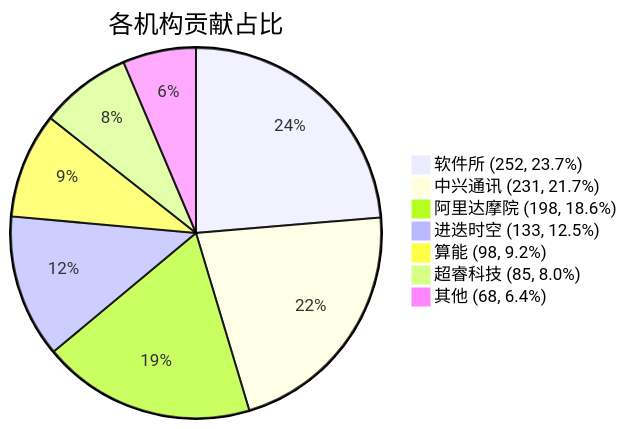
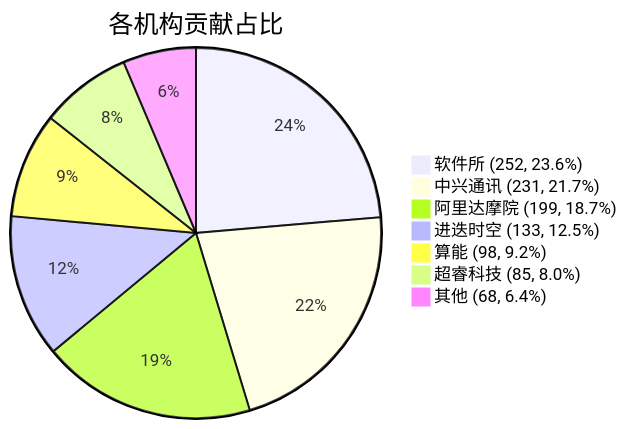
Before and after one commit to RVCK-Project/rvck: the diagram in docs/index.md, drawn with Mermaid. The commit also changed other lines of this file and 8 other files, not shown here.

````diff
--- a/docs/index.md
+++ b/docs/index.md
@@ -31,10 +31,10 @@
 ```mermaid
 pie title 各机构贡献占比
-    "软件所 (252, 23.7%)" : 252
+    "软件所 (252, 23.6%)" : 252
     "中兴通讯 (231, 21.7%)" : 231
-    "阿里达摩院 (198, 18.6%)" : 198
+    "阿里达摩院 (199, 18.7%)" : 199
     "进迭时空 (133, 12.5%)" : 133
     "算能 (98, 9.2%)" : 98
     "超睿科技 (85, 8.0%)" : 85
     "其他 (68, 6.4%)" : 68
 ```
````
